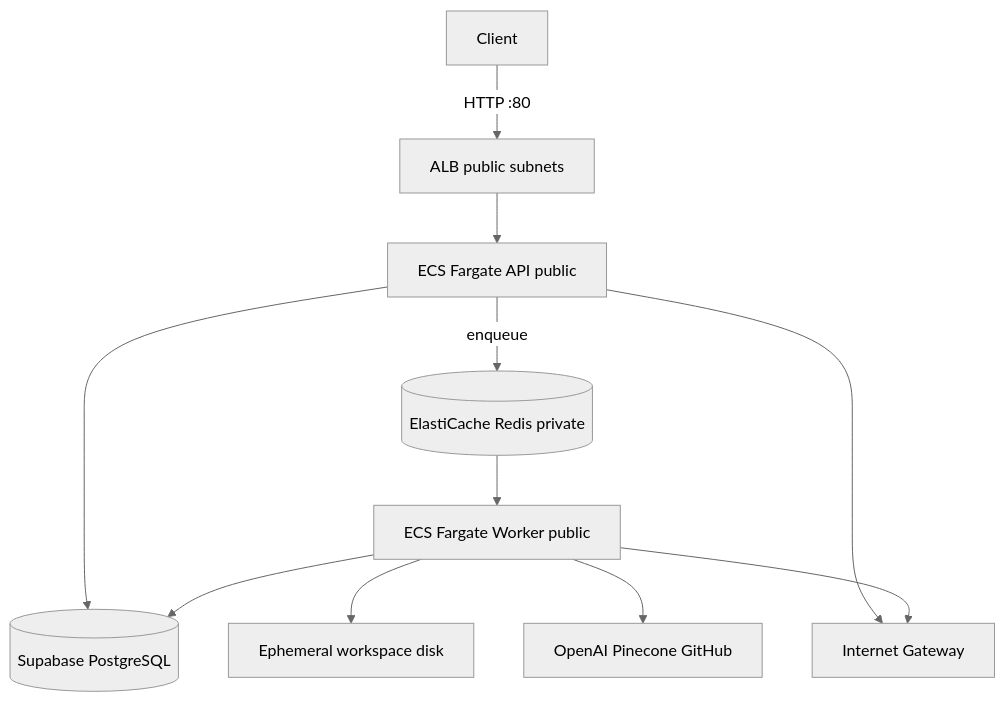
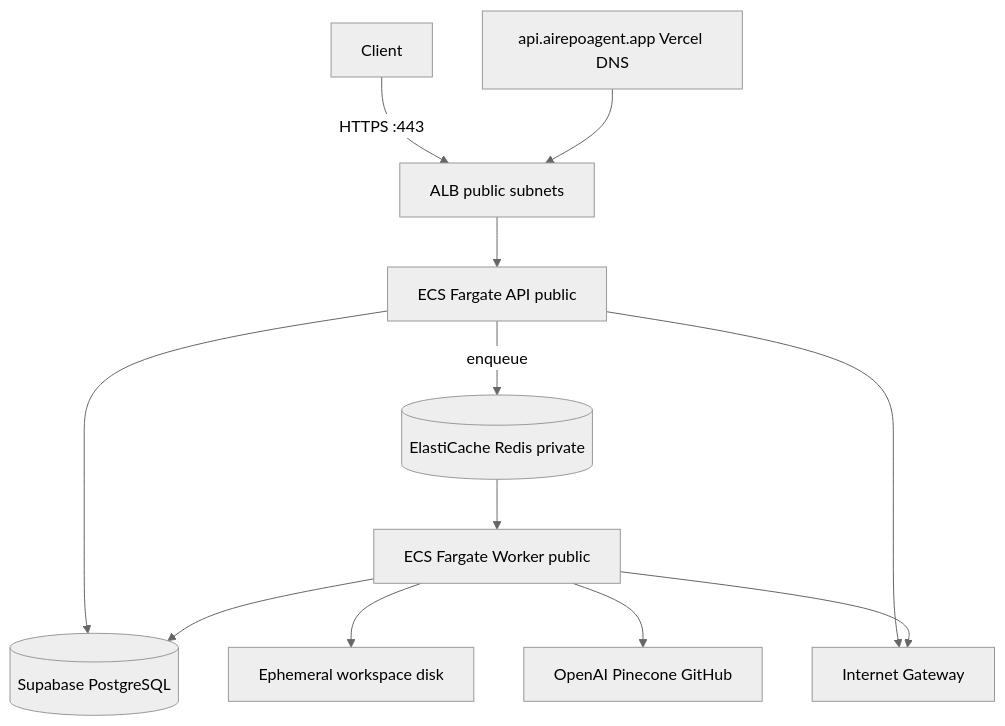
One commit to eli22443/ai-agent-platform changed the fourth of 5 diagrams in docs/architecture.md. Above: the diagram before and after it, drawn with Mermaid (neutral theme). The commit also changed other lines of this file and 6 other files, not shown here.

````diff
--- a/docs/architecture.md
+++ b/docs/architecture.md
@@ -187,13 +187,14 @@
 ```mermaid
 flowchart TD
-    Client["Client"] -->|HTTP :80| ALB["ALB public subnets"]
+    Client["Client"] -->|HTTPS :443| ALB["ALB public subnets"]
+    DNS["api.airepoagent.app Vercel DNS"] --> ALB
     ALB --> API["ECS Fargate API public"]
     API -->|enqueue| Redis[("ElastiCache Redis private")]
     API --> DB[("Supabase PostgreSQL")]
     Redis --> Worker["ECS Fargate Worker public"]
     Worker --> DB
     Worker --> WS["Ephemeral workspace disk"]
     Worker --> Ext["OpenAI Pinecone GitHub"]
     API --> IGW["Internet Gateway"]
     Worker --> IGW
 ```
````
